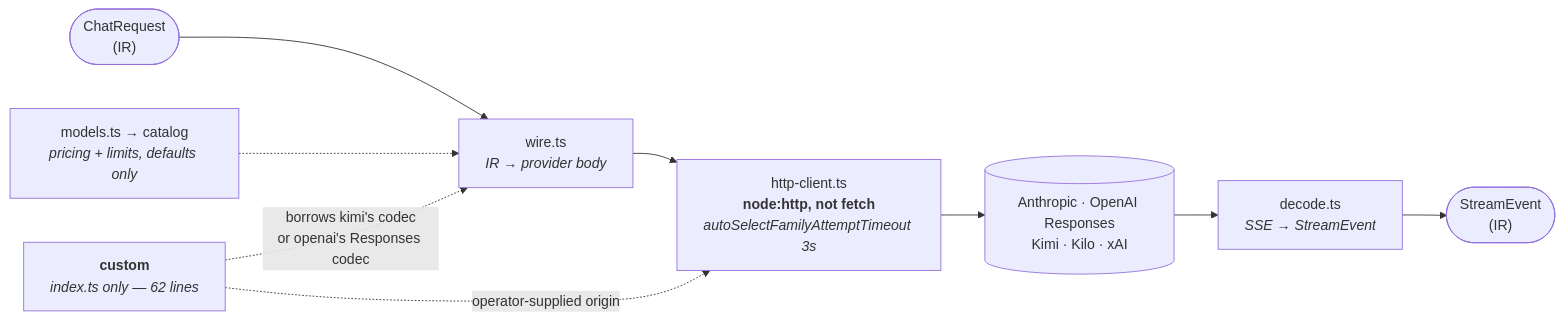
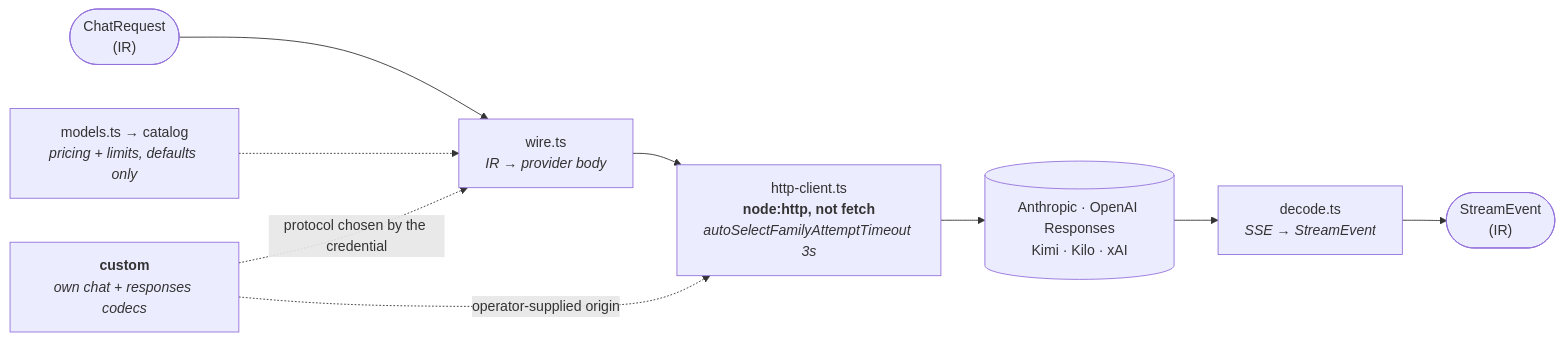
The fifth of 16 diagrams in ARCHITECTURE.md (harismawan/omnigateway), drawn with Mermaid before and after one commit. The commit also changed other lines of this file and 13 other files, not shown here.

````diff
--- a/ARCHITECTURE.md
+++ b/ARCHITECTURE.md
@@ -195,12 +197,12 @@
 ```mermaid
 flowchart LR
   ir(["ChatRequest<br/>(IR)"]) --> wire["wire.ts<br/><i>IR → provider body</i>"]
   wire --> http["http-client.ts<br/><b>node:http, not fetch</b><br/><i>autoSelectFamilyAttemptTimeout 3s</i>"]
   http --> up[("Anthropic · OpenAI Responses<br/>Kimi · Kilo · xAI")]
   up --> dec["decode.ts<br/><i>SSE → StreamEvent</i>"]
   dec --> ev(["StreamEvent<br/>(IR)"])
   cat["models.ts → catalog<br/><i>pricing + limits, defaults only</i>"] -.-> wire
 
-  custom["<b>custom</b><br/><i>index.ts only — 62 lines</i>"] -. "borrows kimi's codec<br/>or openai's Responses codec" .-> wire
+  custom["<b>custom</b><br/><i>own chat + responses codecs</i>"] -. "protocol chosen by the credential" .-> wire
   custom -. "operator-supplied origin" .-> http
 ```
````
